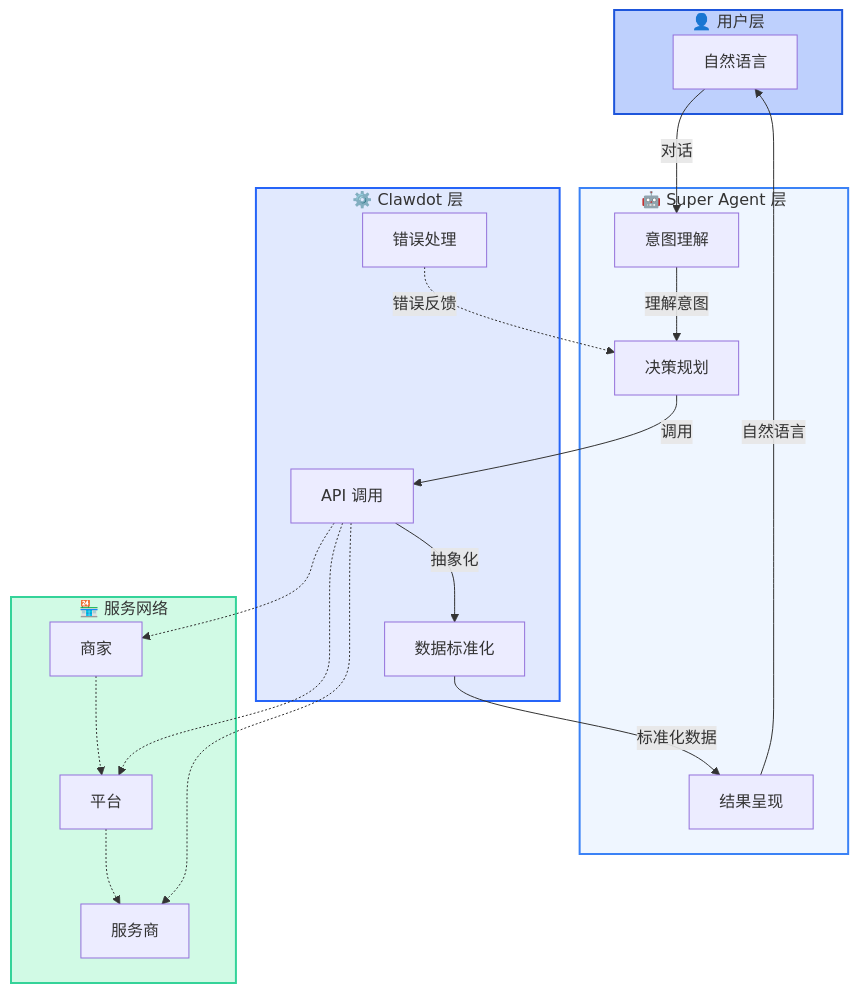
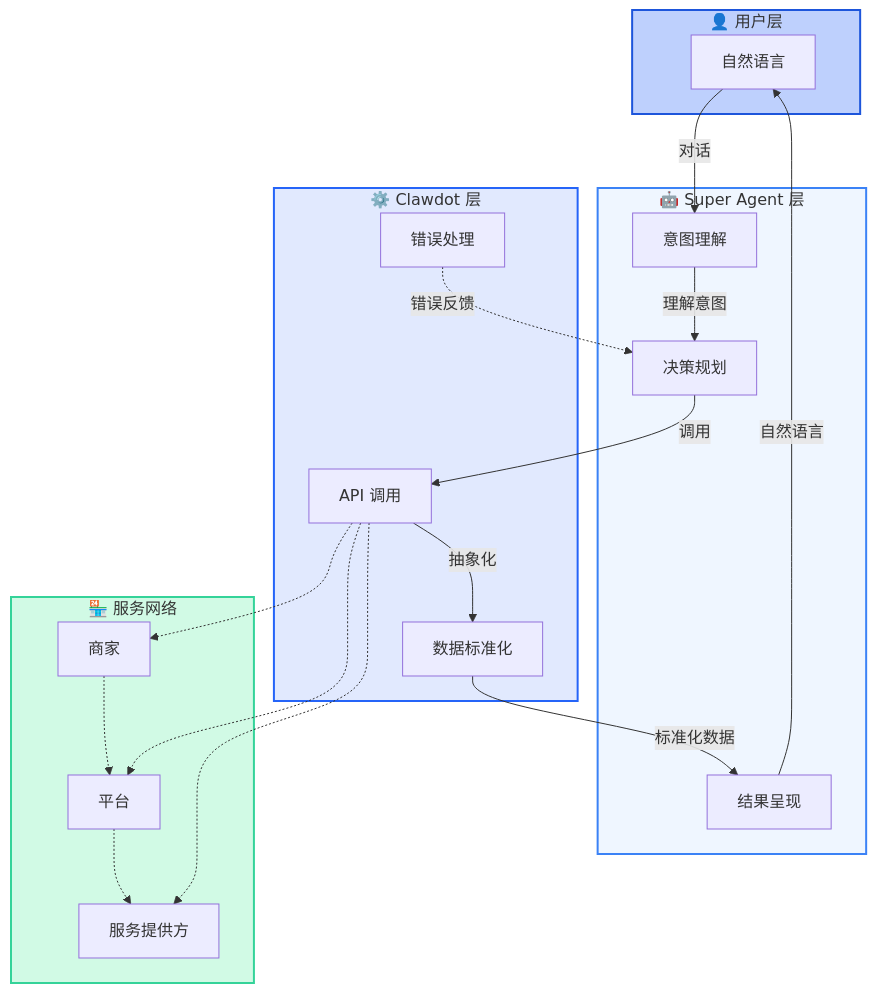
One commit to clawdot/docs changed the second of 2 diagrams in super-agent/how-it-works.mdx. Above: the diagram before and after it, drawn with Mermaid. The commit also changed other lines of this file and 88 other files, not shown here.

````diff
--- a/super-agent/how-it-works.mdx
+++ b/super-agent/how-it-works.mdx
@@ -63,43 +63,43 @@
 ```mermaid
 graph TB
   subgraph User["👤 用户层"]
     A["自然语言"]
   end
 
   subgraph Agent["🤖 Super Agent 层"]
     B["意图理解"]
     C["决策规划"]
     D["结果呈现"]
   end
 
   subgraph Gateway["⚙️ Clawdot 层"]
     E["API 调用"]
     F["数据标准化"]
     G["错误处理"]
   end
 
   subgraph Services["🏪 服务网络"]
     H["商家"]
     I["平台"]
-    J["服务商"]
+    J["服务提供方"]
   end
 
   A -->|对话| B
   B -->|理解意图| C
   C -->|调用| E
   E -->|抽象化| F
   F -->|标准化数据| D
   D -->|自然语言| A
 
   G -.->|错误反馈| C
   H -.-> I
   I -.-> J
   E -.-> H
   E -.-> I
   E -.-> J
 
   style Agent fill:#EFF6FF,stroke:#3B82F6,stroke-width:2px
   style Gateway fill:#E1E9FE,stroke:#2564F8,stroke-width:2px
   style Services fill:#D1FAE5,stroke:#34D399,stroke-width:2px
   style User fill:#BED0FD,stroke:#1D55DB,stroke-width:2px
 ```
````
